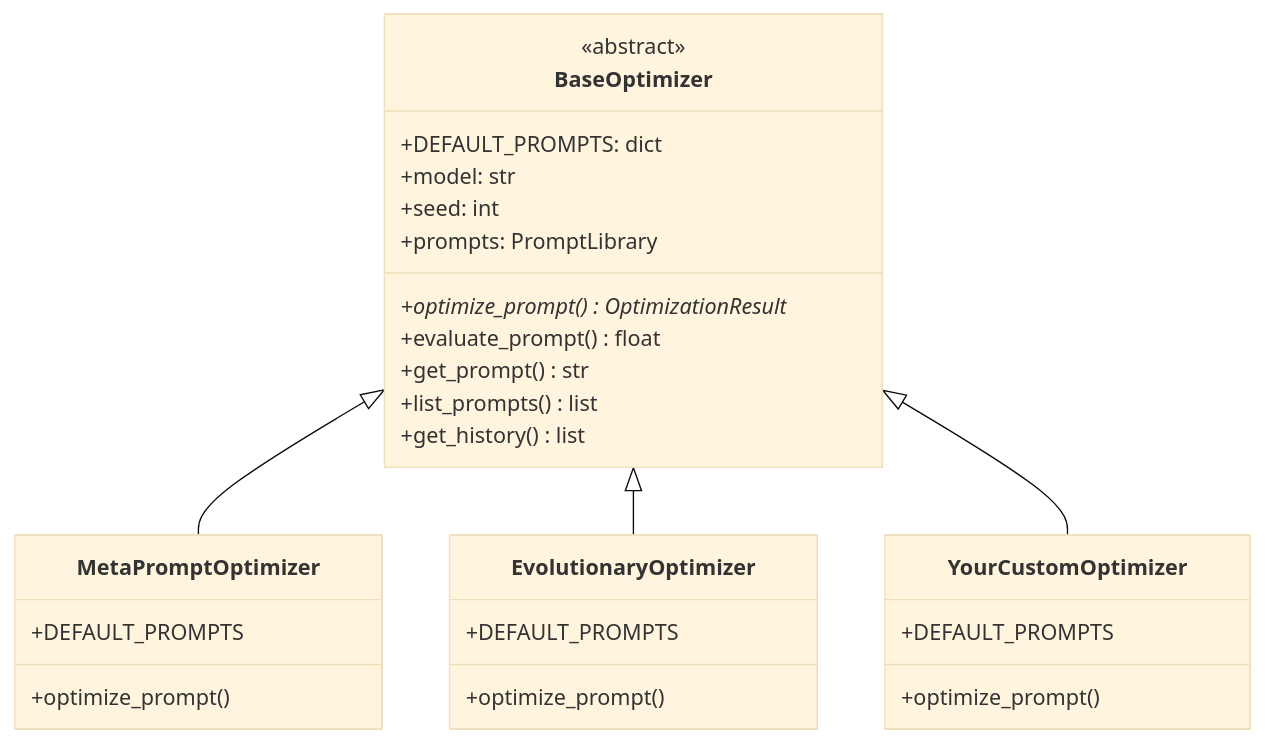
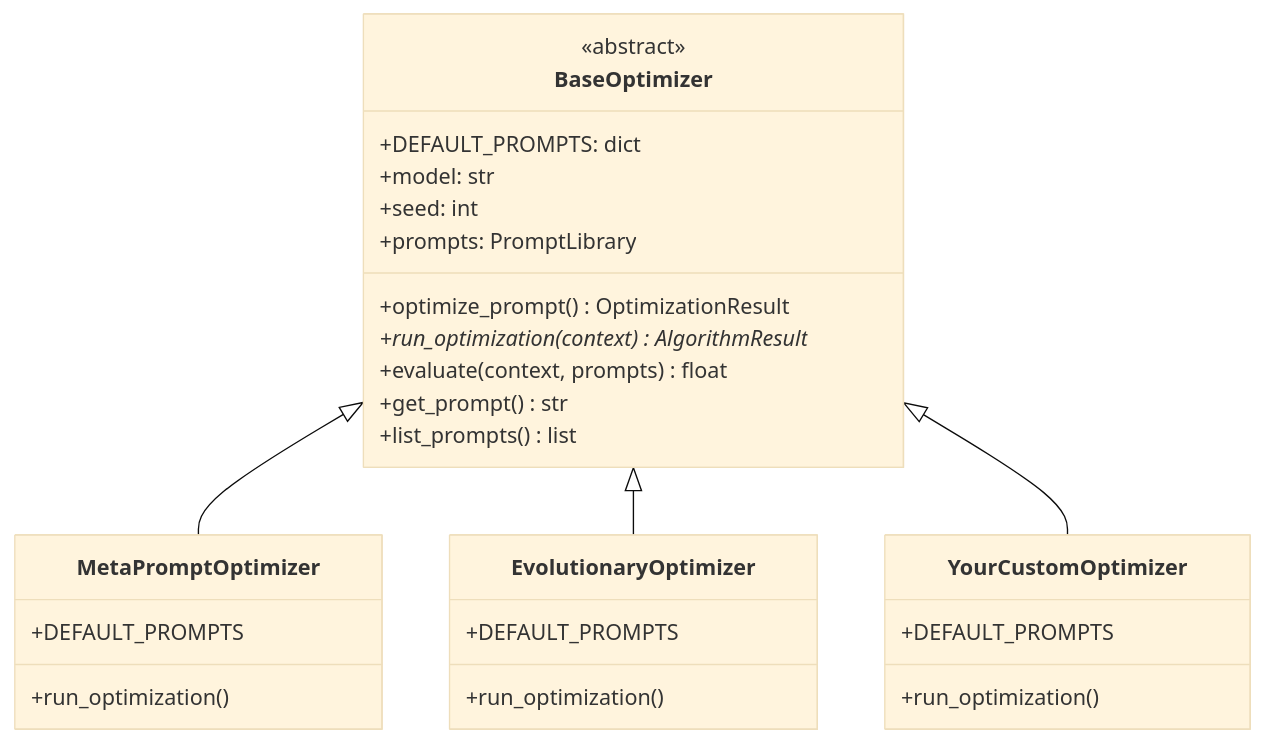
The diagram in apps/opik-documentation/documentation/fern/docs-v2/development/optimization-runs/advanced/extending_optimizers.mdx (comet-ml/opik), drawn with Mermaid (base theme) before and after one commit. The commit also changed other lines of this file, not shown here.

First line of the commit message:
[NA] [SDK] chore: teach run_optimization in the extending optimizers guide

````diff
--- a/apps/opik-documentation/documentation/fern/docs-v2/development/optimization-runs/advanced/extending_optimizers.mdx
+++ b/apps/opik-documentation/documentation/fern/docs-v2/development/optimization-runs/advanced/extending_optimizers.mdx
@@ -22,34 +22,34 @@
 ```mermaid
 classDiagram
     class BaseOptimizer {
         <<abstract>>
         +DEFAULT_PROMPTS: dict
         +model: str
         +seed: int
         +prompts: PromptLibrary
-        +optimize_prompt()* OptimizationResult
-        +evaluate_prompt() float
+        +optimize_prompt() OptimizationResult
+        +run_optimization(context)* AlgorithmResult
+        +evaluate(context, prompts) float
         +get_prompt() str
         +list_prompts() list
-        +get_history() list
     }
 
     class MetaPromptOptimizer {
         +DEFAULT_PROMPTS
-        +optimize_prompt()
+        +run_optimization()
     }
 
     class EvolutionaryOptimizer {
         +DEFAULT_PROMPTS
-        +optimize_prompt()
+        +run_optimization()
     }
 
     class YourCustomOptimizer {
         +DEFAULT_PROMPTS
-        +optimize_prompt()
+        +run_optimization()
     }
 
     BaseOptimizer <|-- MetaPromptOptimizer
     BaseOptimizer <|-- EvolutionaryOptimizer
     BaseOptimizer <|-- YourCustomOptimizer
 ```
````
